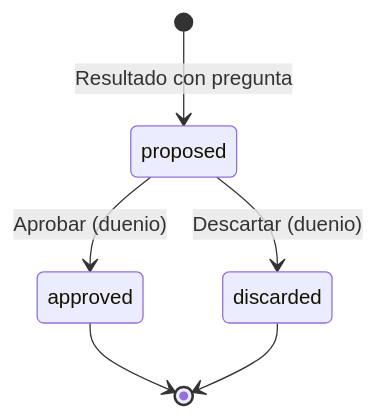
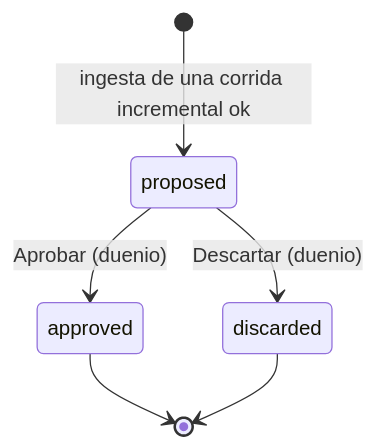
One commit to freyesJaveriana/tai changed the second of 3 diagrams in aidlc/spaces/default/intents/261002-veridicus-mvp/construction/assistant-extras/functional-design/functional-spec.md. Above: the diagram before and after it, drawn with Mermaid. The commit also changed other lines of this file and 9 other files, not shown here.

````diff
--- a/aidlc/spaces/default/intents/261002-veridicus-mvp/construction/assistant-extras/functional-design/functional-spec.md
+++ b/aidlc/spaces/default/intents/261002-veridicus-mvp/construction/assistant-extras/functional-design/functional-spec.md
@@ -76,8 +166,8 @@
 ```mermaid
 stateDiagram-v2
-  [*] --> proposed: Resultado con pregunta
+  [*] --> proposed: ingesta de una corrida incremental ok
   proposed --> approved: Aprobar (duenio)
   proposed --> discarded: Descartar (duenio)
   approved --> [*]
   discarded --> [*]
 ```
````
